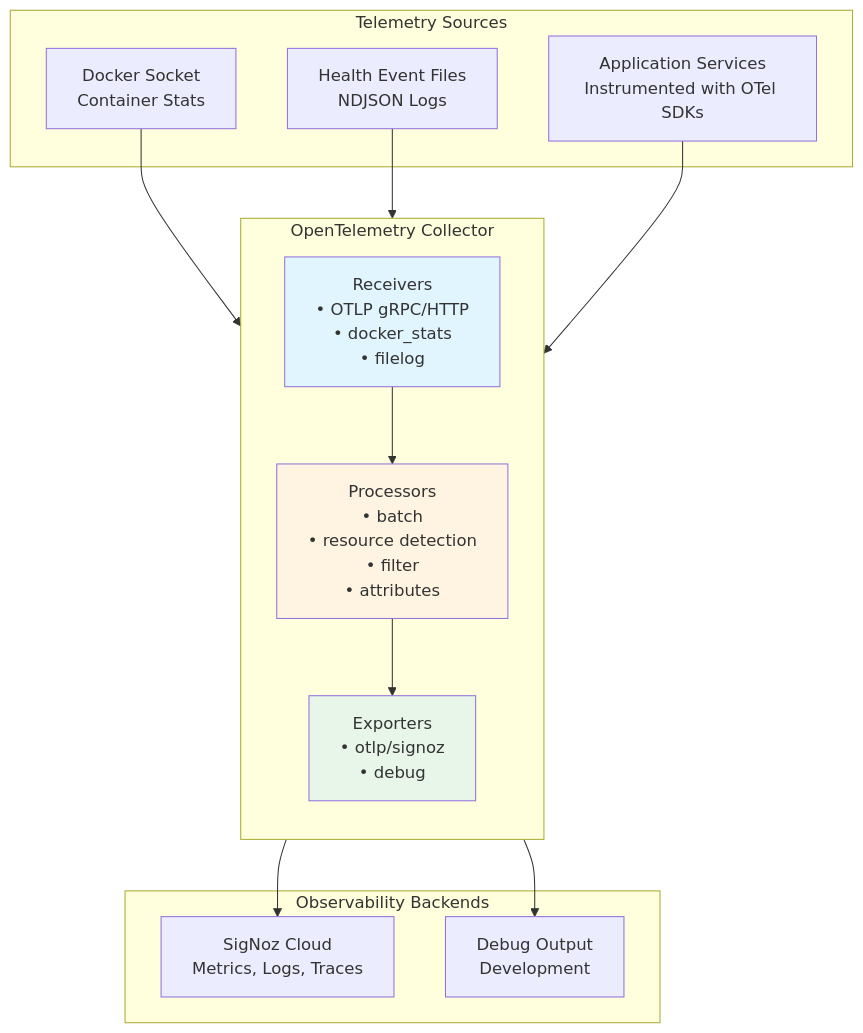
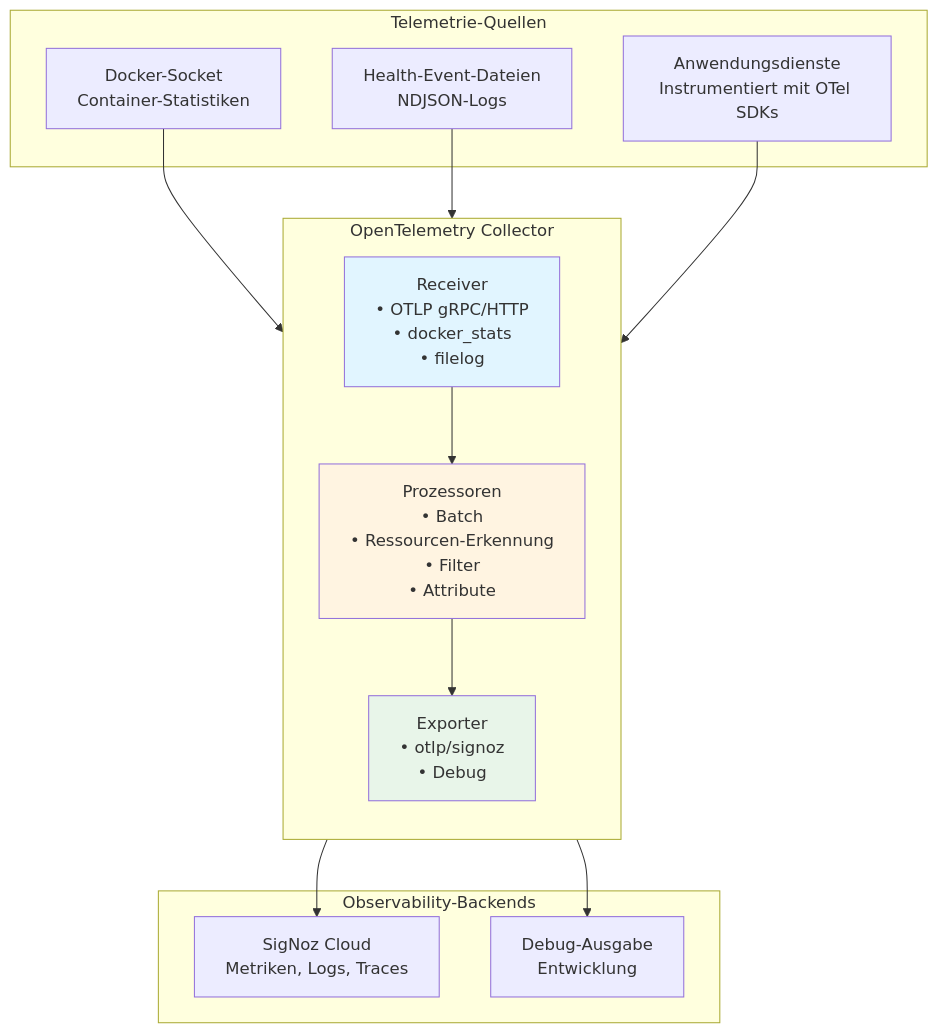
The second of 2 diagrams in aihub_doc/docs/2_platform/12_auditing/2_low_level_traces/index.de.md (bbvch-ai/aihub-core), drawn with Mermaid before and after one commit. The commit also changed other lines of this file and 65 other files, not shown here.

````diff
--- a/aihub_doc/docs/2_platform/12_auditing/2_low_level_traces/index.de.md
+++ b/aihub_doc/docs/2_platform/12_auditing/2_low_level_traces/index.de.md
@@ -439,34 +441,34 @@
 ```mermaid
 graph TB
-    subgraph Sources["Telemetry Sources"]
-        Docker[Docker Socket<br/>Container Stats]
-        HealthFiles[Health Event Files<br/>NDJSON Logs]
-        Apps[Application Services<br/>Instrumented with OTel SDKs]
+    subgraph Sources["Telemetrie-Quellen"]
+        Docker[Docker-Socket<br/>Container-Statistiken]
+        HealthFiles[Health-Event-Dateien<br/>NDJSON-Logs]
+        Apps[Anwendungsdienste<br/>Instrumentiert mit OTel SDKs]
     end
 
     subgraph Collector["OpenTelemetry Collector"]
         direction TB
-        Recv[Receivers<br/>• OTLP gRPC/HTTP<br/>• docker_stats<br/>• filelog]
-        Proc[Processors<br/>• batch<br/>• resource detection<br/>• filter<br/>• attributes]
-        Exp[Exporters<br/>• otlp/signoz<br/>• debug]
+        Recv[Receiver<br/>• OTLP gRPC/HTTP<br/>• docker_stats<br/>• filelog]
+        Proc[Prozessoren<br/>• Batch<br/>• Ressourcen-Erkennung<br/>• Filter<br/>• Attribute]
+        Exp[Exporter<br/>• otlp/signoz<br/>• Debug]
     end
 
-    subgraph Backends["Observability Backends"]
-        SigNoz[SigNoz Cloud<br/>Metrics, Logs, Traces]
-        Debug[Debug Output<br/>Development]
+    subgraph Backends["Observability-Backends"]
+        SigNoz[SigNoz Cloud<br/>Metriken, Logs, Traces]
+        Debug[Debug-Ausgabe<br/>Entwicklung]
     end
 
     Docker --> Recv
     HealthFiles --> Recv
     Apps --> Recv
 
     Recv --> Proc
     Proc --> Exp
 
     Exp --> SigNoz
     Exp --> Debug
 
     style Recv fill:#e1f5ff
     style Proc fill:#fff4e1
     style Exp fill:#e8f5e9
 ```
````
